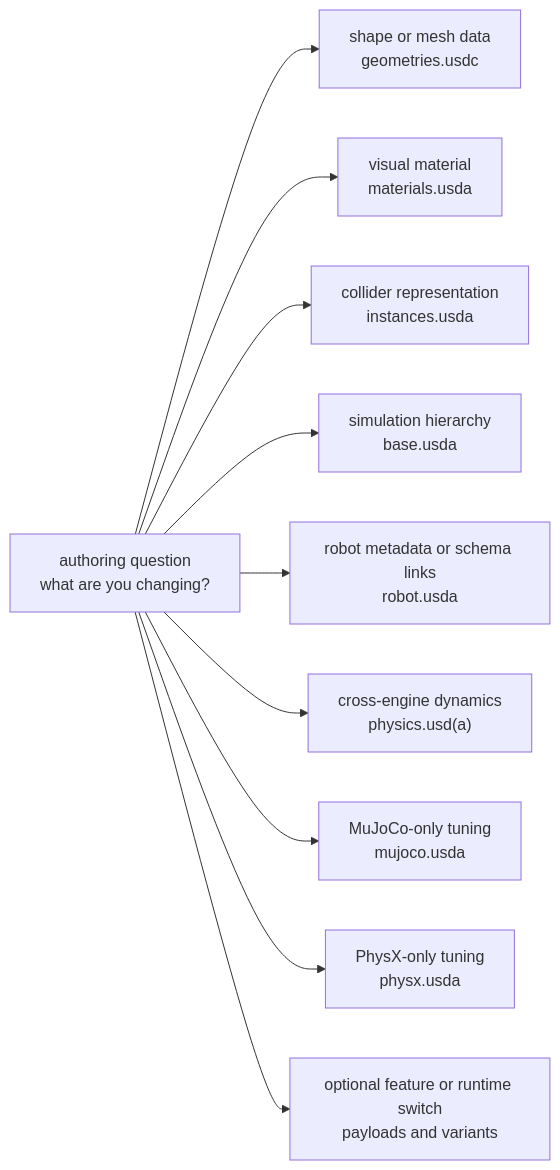
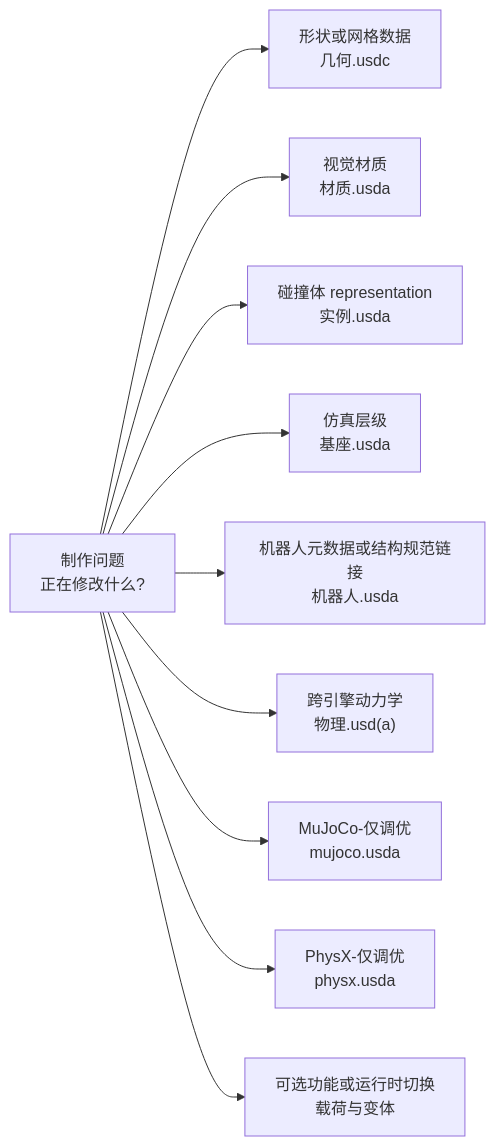
One commit to niuverse/llm-wiki changed the third of 3 diagrams in wiki/concepts/IsaacSimAssetStructure.md. Above: the diagram before and after it, drawn with Mermaid. The commit also changed other lines of this file and 123 other files, not shown here.

````diff
--- a/wiki/concepts/IsaacSimAssetStructure.md
+++ b/wiki/concepts/IsaacSimAssetStructure.md
@@ -102,12 +102,12 @@
 ```mermaid
 flowchart LR
-  Q["authoring question<br/>what are you changing?"] --> A["shape or mesh data<br/>geometries.usdc"]
-  Q --> B["visual material<br/>materials.usda"]
-  Q --> C["collider representation<br/>instances.usda"]
-  Q --> D["simulation hierarchy<br/>base.usda"]
-  Q --> E["robot metadata or schema links<br/>robot.usda"]
-  Q --> F["cross-engine dynamics<br/>physics.usd(a)"]
-  Q --> G["MuJoCo-only tuning<br/>mujoco.usda"]
-  Q --> H["PhysX-only tuning<br/>physx.usda"]
-  Q --> I["optional feature or runtime switch<br/>payloads and variants"]
+  Q["制作问题<br/>正在修改什么?"] --> A["形状或网格数据<br/>几何.usdc"]
+  Q --> B["视觉材质<br/>材质.usda"]
+  Q --> C["碰撞体 representation<br/>实例.usda"]
+  Q --> D["仿真层级<br/>基座.usda"]
+  Q --> E["机器人元数据或结构规范链接<br/>机器人.usda"]
+  Q --> F["跨引擎动力学<br/>物理.usd(a)"]
+  Q --> G["MuJoCo-仅调优<br/>mujoco.usda"]
+  Q --> H["PhysX-仅调优<br/>physx.usda"]
+  Q --> I["可选功能或运行时切换<br/>载荷与变体"]
 ```
````
